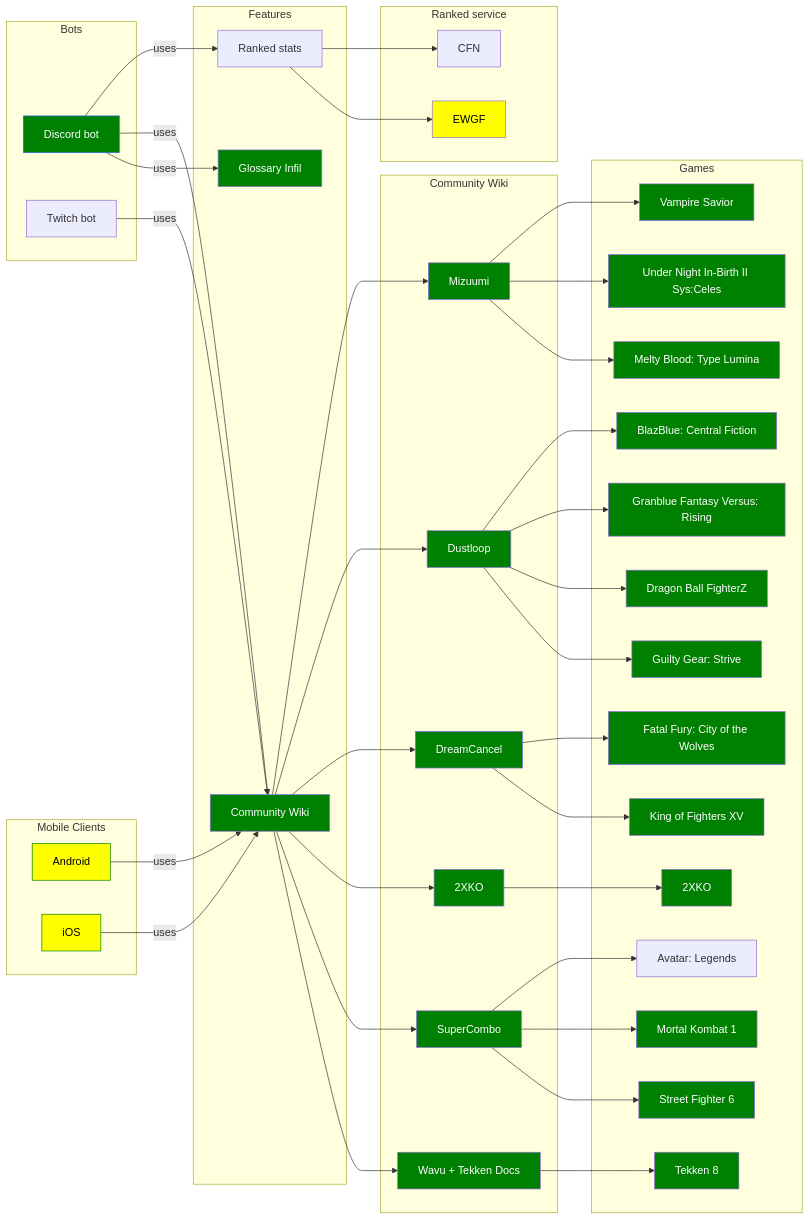
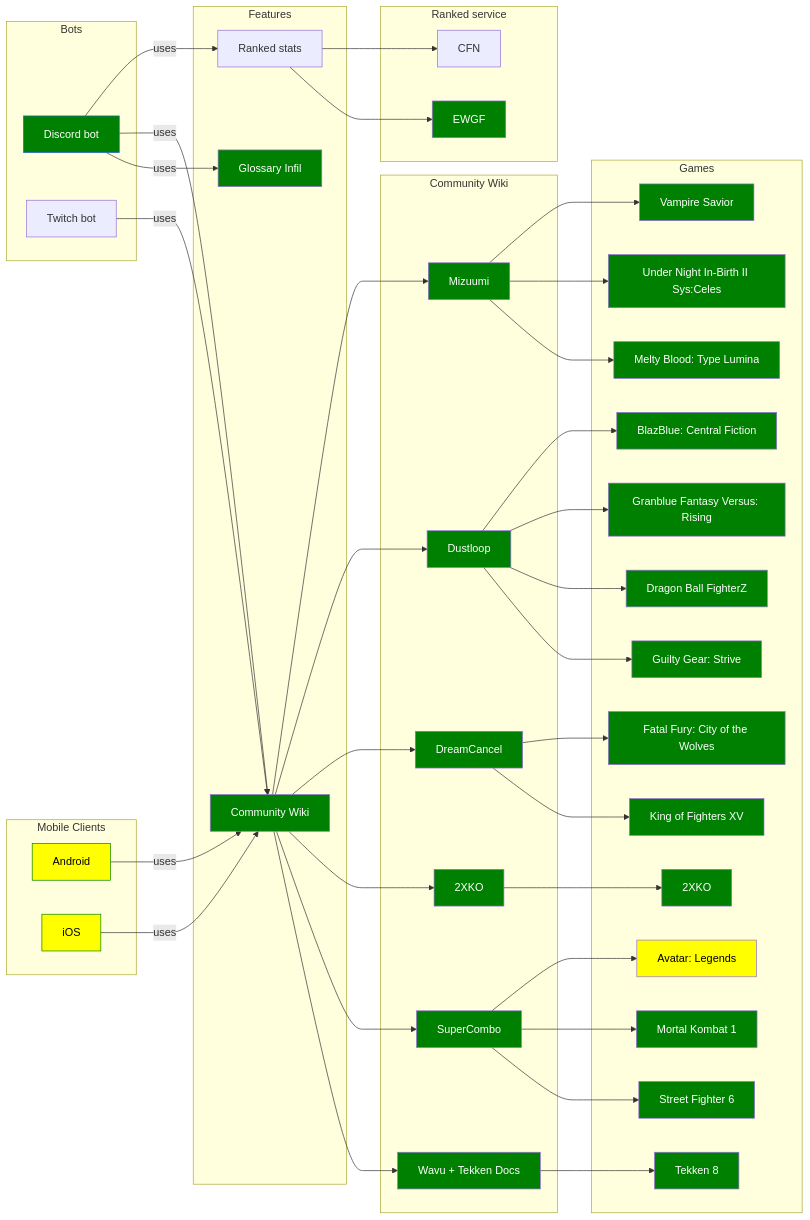
The diagram in mermaid/modules.mmd (Sophon/FightingNerd), drawn with Mermaid before and after one commit. The commit also changed 1 other file, not shown here.

Commit message:
docs (mermaid): modules

```diff
--- a/mermaid/modules.mmd
+++ b/mermaid/modules.mmd
@@ -1,112 +1,112 @@
 graph LR
     classDef green fill:green,color:#000
     classDef grey fill:lightgrey,color:#000
     classDef yellow fill:#FFEB3B,color:#000
 
     subgraph Bots
         discordBot[Discord bot]
         twitchBot[Twitch bot]
     end
 
     subgraph "Mobile Clients"
         android[Android]
         iOS[iOS]
     end
 
     subgraph Features
         glossaryInfil[Glossary Infil]
         communityWiki[Community Wiki]
         elo[Ranked stats]
     end
 
     subgraph Community Wiki
         wikiWavu[Wavu + Tekken Docs]
         supercombo[SuperCombo]
         2xko[2XKO]
         dustloop[Dustloop]
         dreamcancel[DreamCancel]
         mizuumi[Mizuumi]
     end
 
     subgraph Games
         t8[Tekken 8]
         sf6[Street Fighter 6]
         mk1[Mortal Kombat 1]
         ggst[Guilty Gear: Strive]
         dbfz[Dragon Ball FighterZ]
         gbvsr[Granblue Fantasy Versus: Rising]
         kof15[King of Fighters XV]
         cotw[Fatal Fury: City of the Wolves]
         xko[2XKO]
         melty[Melty Blood: Type Lumina]
         bbcf[BlazBlue: Central Fiction]
         uni2[Under Night In-Birth II Sys:Celes]
         vsav[Vampire Savior]
         avl[Avatar: Legends]
     end
 
     subgraph Ranked service
         ewgf[EWGF]
         cfn[CFN]
     end
 
     android -->|uses| communityWiki
     iOS -->|uses| communityWiki
 
     discordBot -->|uses| glossaryInfil
     discordBot -->|uses| communityWiki
     discordBot -->|uses| elo
     twitchBot -->|uses| communityWiki
 
     communityWiki --> wikiWavu
     communityWiki --> supercombo
     communityWiki --> 2xko
     communityWiki --> dreamcancel
     communityWiki --> dustloop
     communityWiki --> mizuumi
 
     elo --> ewgf
     elo --> cfn
 
     wikiWavu --> t8
     supercombo --> sf6
     supercombo --> mk1
     supercombo --> avl
     dustloop --> ggst
     dustloop --> dbfz
     dustloop --> gbvsr
     dustloop --> bbcf
     2xko --> xko
     dreamcancel --> kof15
     dreamcancel --> cotw
     mizuumi --> melty
     mizuumi --> uni2
     mizuumi --> vsav
 
 
     style discordBot fill:green,stroke:#2563EB, color:#fff
     style android fill:yellow,stroke:green, color:#000
     style iOS fill:yellow,stroke:green, color:#000
     style glossaryInfil fill:green, color:#fff
     style communityWiki fill:green, color:#fff
     style wikiWavu fill:green, color:#fff
     style supercombo fill:green, color:#fff
     style dreamcancel fill:green, color:#fff
     style dustloop fill:green, color:#fff
     style mizuumi fill:green, color:#fff
     style 2xko fill:green, color:#fff
     style t8 fill:green, color:#fff
     style sf6 fill:green, color:#fff
     style xko fill:green, color:#fff
     style kof15 fill:green, color:#fff
     style cotw fill:green, color:#fff
     style ggst fill:green, color:#fff
     style mk1 fill:green, color:#fff
     style dbfz fill:green, color:#fff
     style gbvsr fill:green, color:#fff
     style melty fill:green, color:#fff
     style bbcf fill:green, color:#fff
     style uni2 fill:green, color:#fff
     style vsav fill:green, color:#fff
     style ewgf fill:green, color:#fff
-    style ewgf fill:yellow, color:#000
+    style avl fill:yellow, color:#000
```
